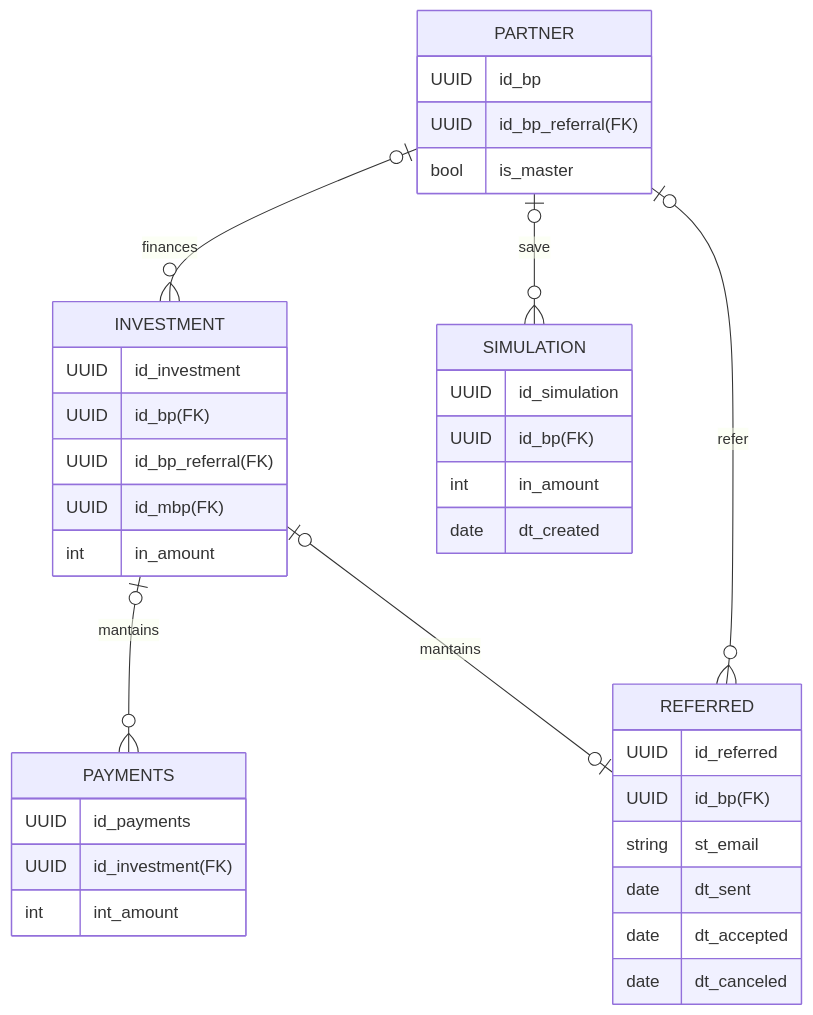
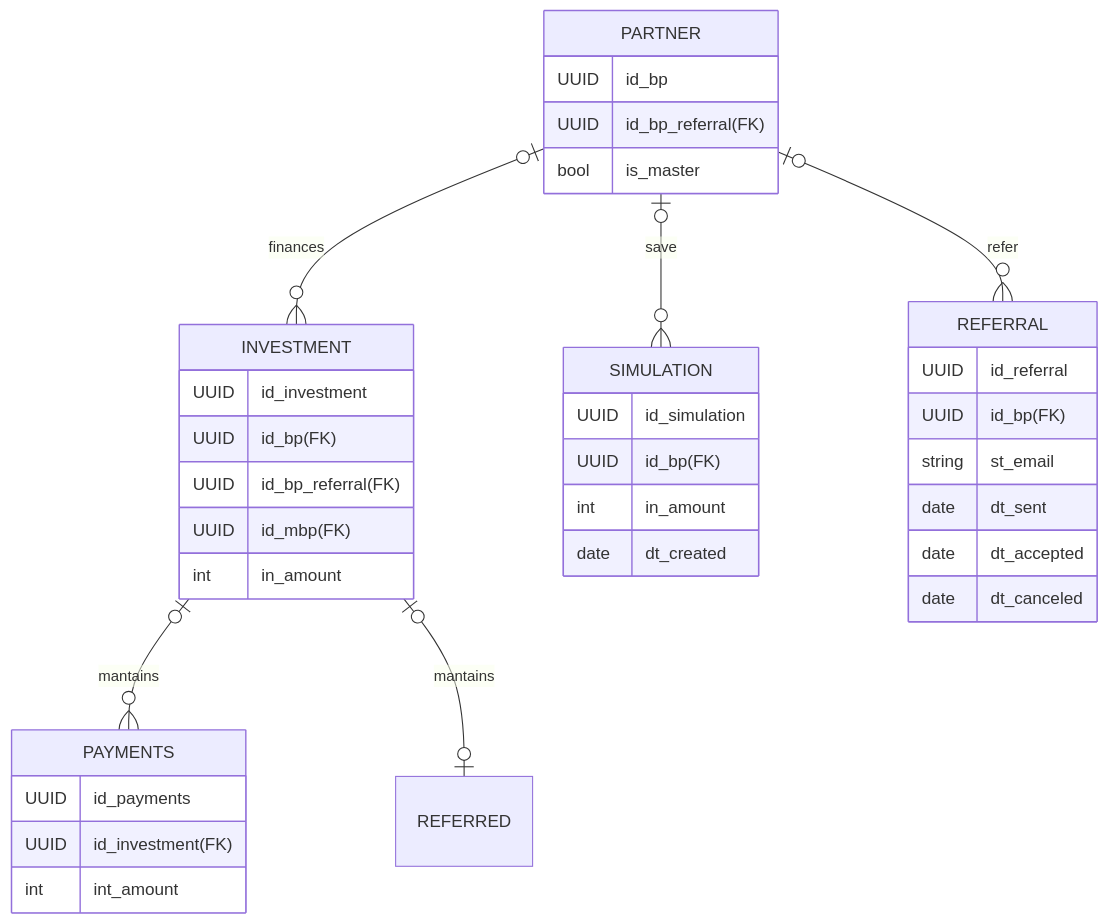
The second of 2 diagrams in Entity–relationship-model.md (git-jrm/management-system), drawn with Mermaid before and after one commit.

````diff
--- a/Entity–relationship-model.md
+++ b/Entity–relationship-model.md
@@ -49,39 +49,39 @@
 ```mermaid
    erDiagram
     PARTNER |o--o{ INVESTMENT : finances
     PARTNER |o--o{ SIMULATION : save
-    PARTNER |o--o{ REFERRED : refer
+    PARTNER |o--o{ REFERRAL : refer
     INVESTMENT |o--o{ PAYMENTS : mantains
     INVESTMENT |o--o| REFERRED : mantains
     PARTNER {
         UUID id_bp
         UUID id_bp_referral(FK)
         bool is_master
     }
     SIMULATION {
         UUID id_simulation
         UUID id_bp(FK)
         int in_amount
         date dt_created
     }
     INVESTMENT {
         UUID id_investment
         UUID id_bp(FK)
         UUID id_bp_referral(FK)
         UUID id_mbp(FK)
         int in_amount    
     }
-    REFERRED {
-        UUID id_referred
+    REFERRAL {
+        UUID id_referral
         UUID id_bp(FK)
         string st_email
         date dt_sent
         date dt_accepted
         date dt_canceled
     }
     PAYMENTS {
         UUID id_payments
         UUID id_investment(FK)
         int int_amount
     }
 ```
````
